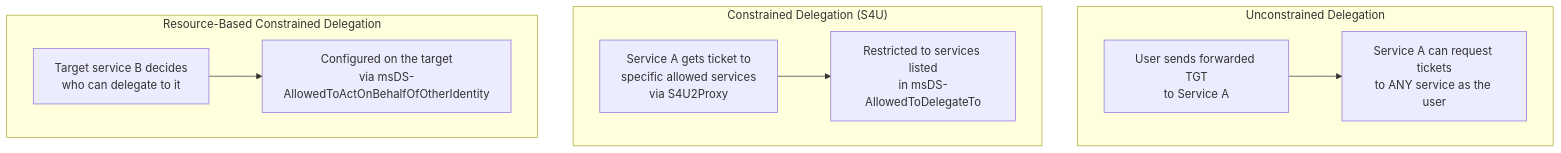
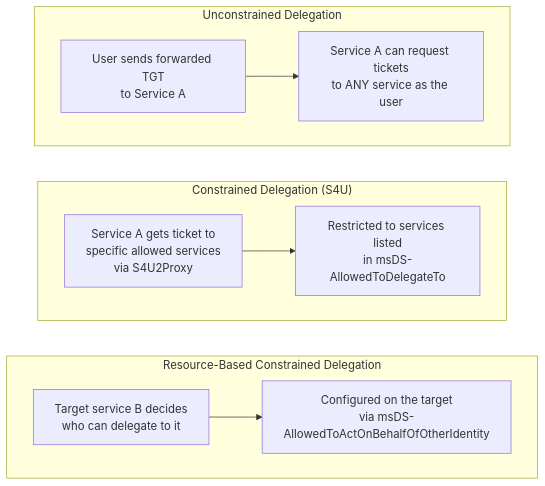
One commit to StrongWind1/Kerberos changed the first of 4 diagrams in content/protocol/delegation.md. Above: the diagram before and after it, drawn with Mermaid. The commit also changed other lines of this file and 117 other files, not shown here.

````diff
--- a/content/protocol/delegation.md
+++ b/content/protocol/delegation.md
@@ -20,14 +24,19 @@
 ```mermaid
 flowchart TD
     subgraph Unconstrained["Unconstrained Delegation"]
+        direction LR
         A1[User sends forwarded TGT<br/>to Service A] --> B1[Service A can request tickets<br/>to ANY service as the user]
     end
 
     subgraph Constrained["Constrained Delegation (S4U)"]
+        direction LR
         A2[Service A gets ticket to<br/>specific allowed services<br/>via S4U2Proxy] --> B2[Restricted to services listed<br/>in msDS-AllowedToDelegateTo]
     end
 
     subgraph RBCD["Resource-Based Constrained Delegation"]
+        direction LR
         A3[Target service B decides<br/>who can delegate to it] --> B3[Configured on the target<br/>via msDS-AllowedToActOnBehalfOfOtherIdentity]
     end
+
+    Unconstrained ~~~ Constrained ~~~ RBCD
 ```
````
